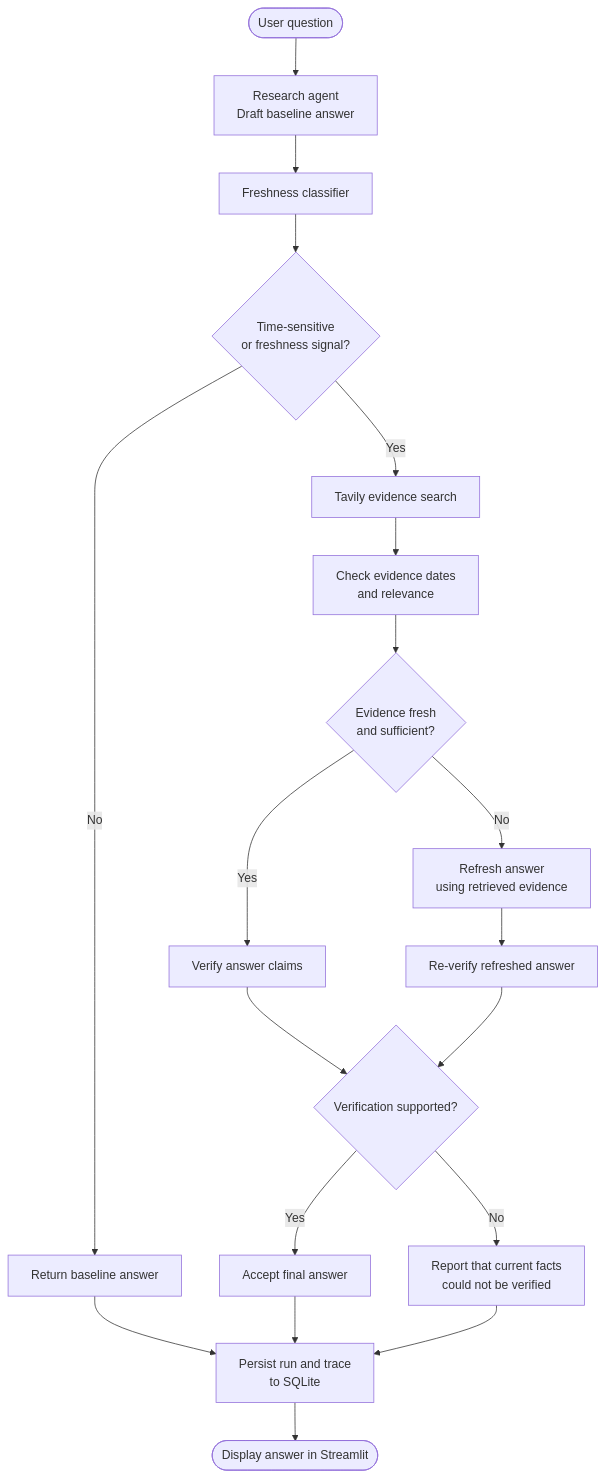
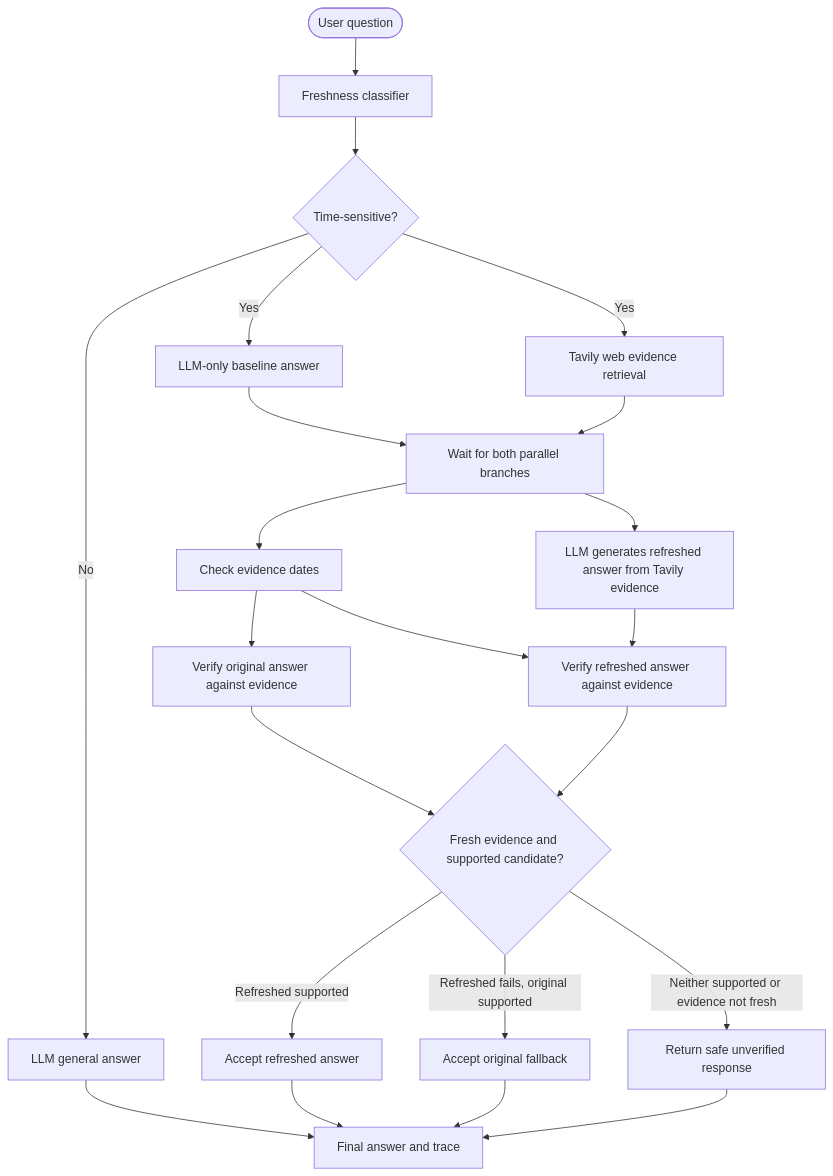
One commit to Diwahars/hackathon-dev changed the diagram in README.md. Above: the diagram before and after it, drawn with Mermaid. The commit also changed other lines of this file, not shown here.

````diff
--- a/README.md
+++ b/README.md
@@ -23,21 +24,24 @@
 ```mermaid
 flowchart TD
-    A([User question]) --> B[Research agent<br/>Draft baseline answer]
-    B --> C[Freshness classifier]
-    C --> D{Time-sensitive<br/>or freshness signal?}
-    D -- No --> E[Return baseline answer]
-    D -- Yes --> F[Tavily evidence search]
-    F --> G[Check evidence dates<br/>and relevance]
-    G --> H{Evidence fresh<br/>and sufficient?}
-    H -- Yes --> I[Verify answer claims]
-    H -- No --> J[Refresh answer<br/>using retrieved evidence]
-    J --> K[Re-verify refreshed answer]
-    I --> L{Verification supported?}
-    K --> L
-    L -- Yes --> M[Accept final answer]
-    L -- No --> N[Report that current facts<br/>could not be verified]
-    E --> O[Persist run and trace<br/>to SQLite]
-    M --> O
-    N --> O
-    O --> P([Display answer in Streamlit])
+    A([User question]) --> B[Freshness classifier]
+    B --> C{Time-sensitive?}
+    C -- No --> D[LLM general answer]
+    D --> Z[Final answer and trace]
+    C -- Yes --> E1[LLM-only baseline answer]
+    C -- Yes --> E2[Tavily web evidence retrieval]
+    E1 --> F[Wait for both parallel branches]
+    E2 --> F
+    F --> G[Check evidence dates]
+    F --> H[LLM generates refreshed answer from Tavily evidence]
+    G --> I[Verify original answer against evidence]
+    G --> J[Verify refreshed answer against evidence]
+    H --> J
+    I --> K{Fresh evidence and supported candidate?}
+    J --> K
+    K -- Refreshed supported --> L[Accept refreshed answer]
+    K -- Refreshed fails, original supported --> M[Accept original fallback]
+    K -- Neither supported or evidence not fresh --> N[Return safe unverified response]
+    L --> Z
+    M --> Z
+    N --> Z
 ```
````
